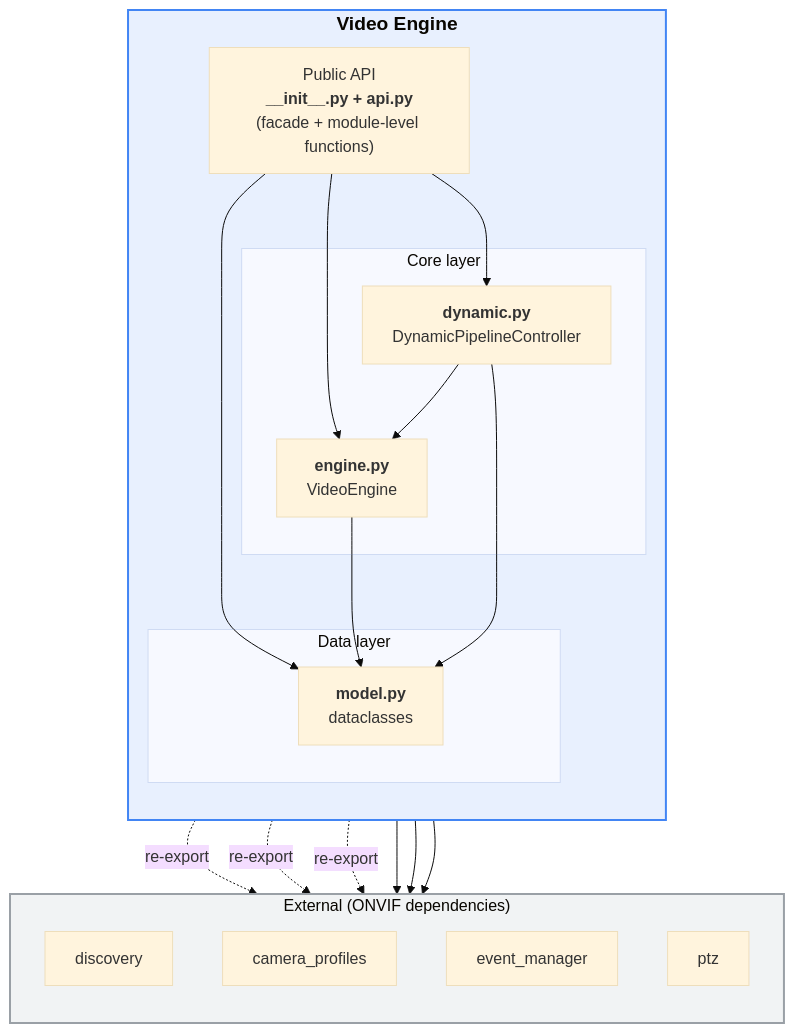
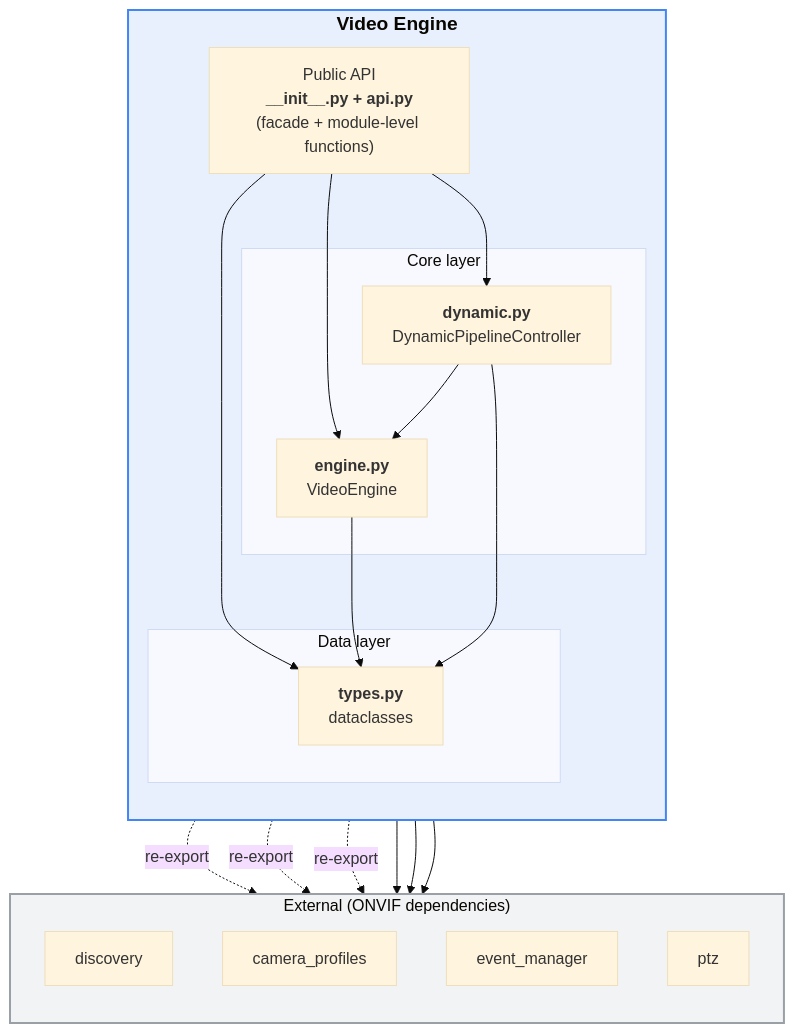
One commit to kkepka/dlstreamer changed the first of 8 diagrams in python/dlstreamer/onvif/video_engine/README.md. Above: the diagram before and after it, drawn with Mermaid (base theme). The commit also changed other lines of this file and 9 other files, not shown here.

````diff
--- a/python/dlstreamer/onvif/video_engine/README.md
+++ b/python/dlstreamer/onvif/video_engine/README.md
@@ -9,35 +9,35 @@
 ```mermaid
 flowchart TD
     subgraph Internal["<b><big>Video Engine</big></b>"]
         direction TB
         API["Public API<br/><b>__init__.py + api.py</b><br/>(facade + module-level functions)"]
         subgraph Core["Core layer"]
             ENGINE["<b>engine.py</b><br/>VideoEngine"]
             DYNAMIC["<b>dynamic.py</b><br/>DynamicPipelineController"]
         end
         subgraph Data["Data layer"]
-            MODEL["<b>model.py</b><br/>dataclasses"]
+            MODEL["<b>types.py</b><br/>dataclasses"]
         end
     end
     subgraph External["External (ONVIF dependencies)"]
         direction TB
         DISC["discovery"]
         PROF["camera_profiles"]
         EVT["event_manager"]
         PTZ["ptz"]
     end
 
     API --> ENGINE
     API --> DYNAMIC
     API --> MODEL
     API -.re-export.-> PROF & PTZ & EVT
     ENGINE --> MODEL
     ENGINE --> DISC
     ENGINE --> PROF
     DYNAMIC --> ENGINE
     DYNAMIC --> MODEL
     DYNAMIC --> EVT
     MODEL ~~~ External
     style Internal fill:#e8f0fe,stroke:#4285f4,stroke-width:2px
     style External fill:#f1f3f4,stroke:#9aa0a6,stroke-width:2px
 ```
````
